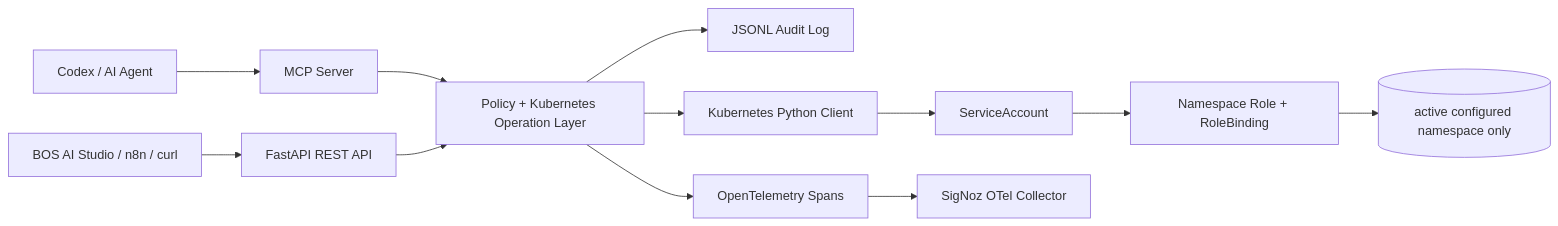
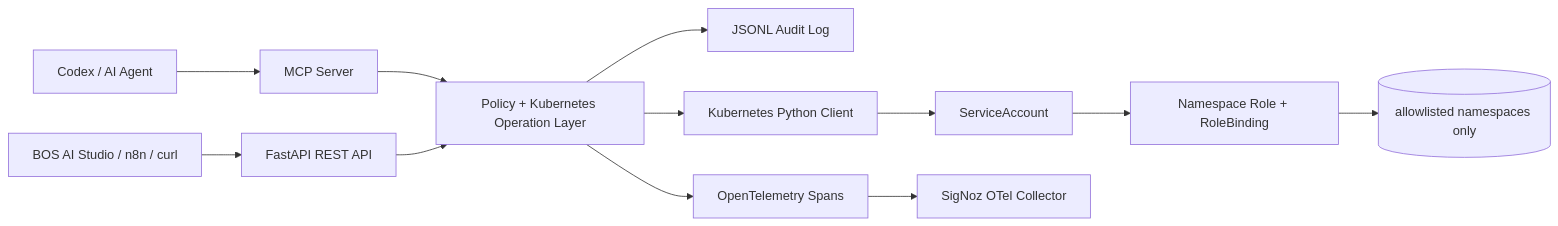
Before and after one commit to aveeshek/bosgenesis-k8s-inspector-mcp: the diagram in README.md, drawn with Mermaid. The commit also changed other lines of this file and 27 other files, not shown here.

````diff
--- a/README.md
+++ b/README.md
@@ -122,18 +128,18 @@
 ```mermaid
 flowchart LR
     Codex[Codex / AI Agent] --> MCP[MCP Server]
     Client[BOS AI Studio / n8n / curl] --> REST[FastAPI REST API]
 
     MCP --> CORE[Policy + Kubernetes Operation Layer]
     REST --> CORE
 
     CORE --> AUDIT[JSONL Audit Log]
     CORE --> OTEL[OpenTelemetry Spans]
     CORE --> K8S[Kubernetes Python Client]
 
     K8S --> SA[ServiceAccount]
     SA --> RBAC[Namespace Role + RoleBinding]
-    RBAC --> NS[(active configured namespace only)]
+    RBAC --> NS[(allowlisted namespaces only)]
 
     OTEL --> SIGNOZ[SigNoz OTel Collector]
 ```
````
